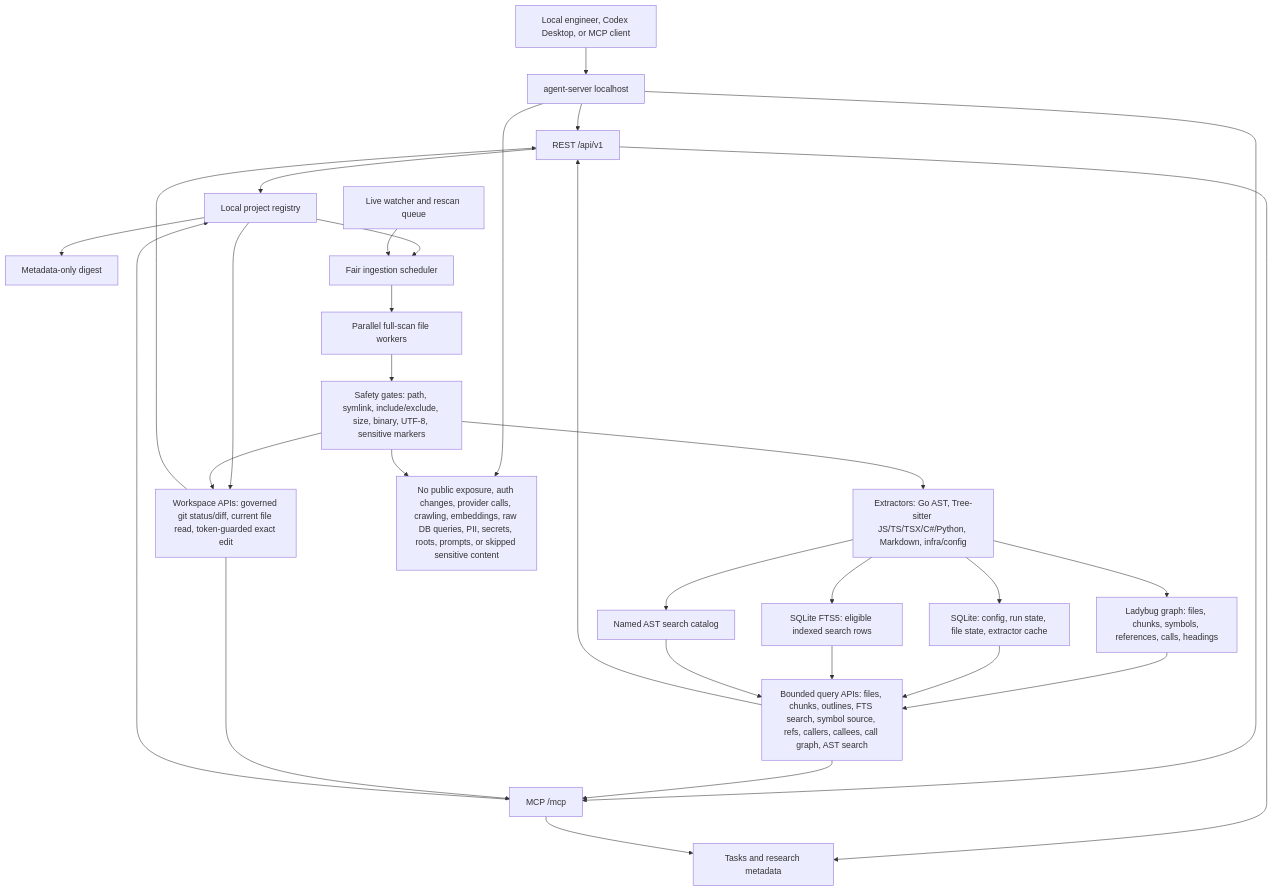
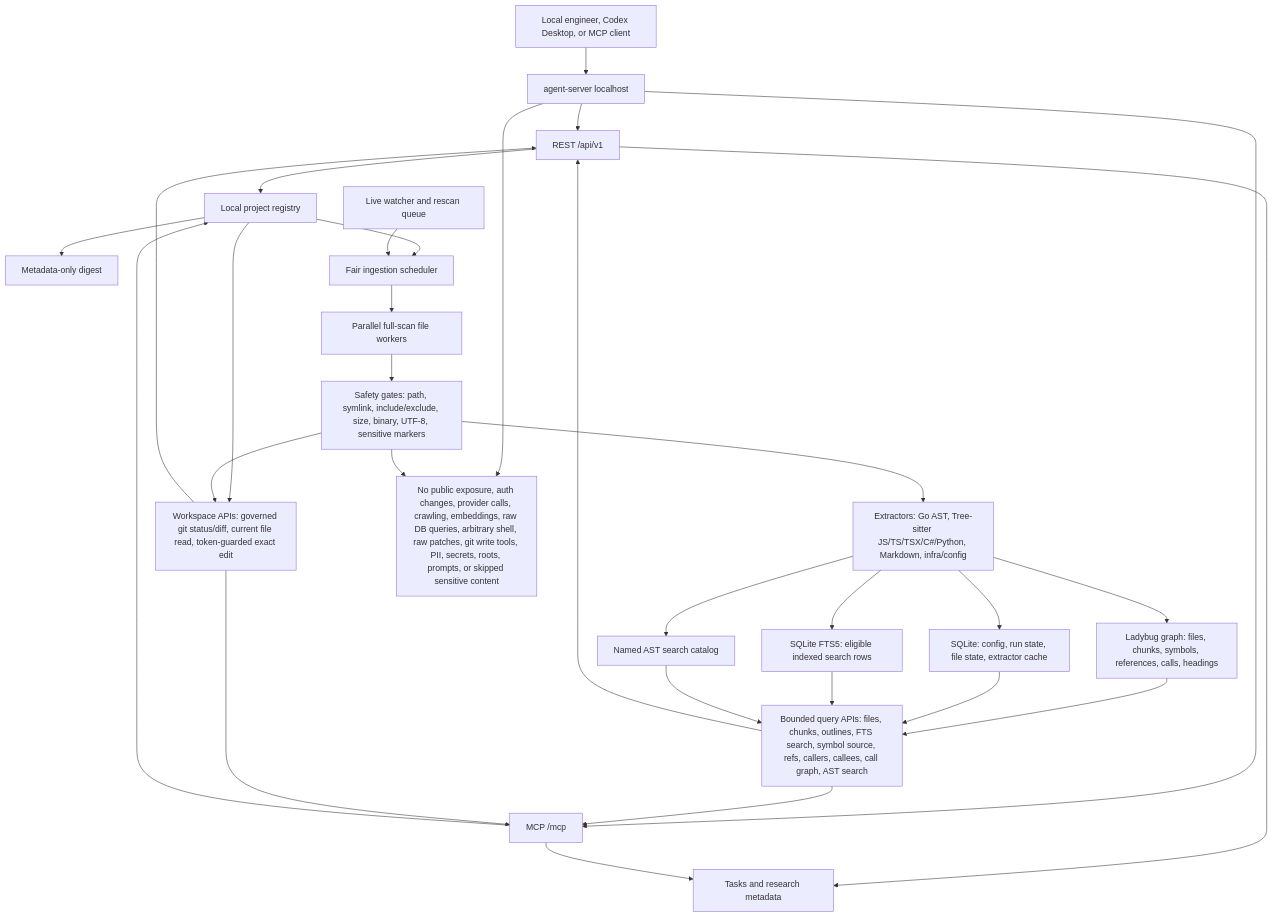
Before and after one commit to MiviaLabs/go-mivia: the first of 4 diagrams in README.md, drawn with Mermaid. The commit also changed other lines of this file and 6 other files, not shown here.

````diff
--- a/README.md
+++ b/README.md
@@ -15,52 +15,52 @@
 ```mermaid
 flowchart TB
   Client["Local engineer, Codex Desktop, or MCP client"]
   Server["agent-server localhost"]
   REST["REST /api/v1"]
   MCP["MCP /mcp"]
   Tasks["Tasks and research metadata"]
   Registry["Local project registry"]
   Digest["Metadata-only digest"]
   Scheduler["Fair ingestion scheduler"]
   Live["Live watcher and rescan queue"]
   Workers["Parallel full-scan file workers"]
   Safety["Safety gates: path, symlink, include/exclude, size, binary, UTF-8, sensitive markers"]
   Extractors["Extractors: Go AST, Tree-sitter JS/TS/TSX/C#/Python, Markdown, infra/config"]
   Graph["Ladybug graph: files, chunks, symbols, references, calls, headings"]
   SQLite["SQLite: config, run state, file state, extractor cache"]
   FTS["SQLite FTS5: eligible indexed search rows"]
   AST["Named AST search catalog"]
   Queries["Bounded query APIs: files, chunks, outlines, FTS search, symbol source, refs, callers, callees, call graph, AST search"]
   Workspace["Workspace APIs: governed git status/diff, current file read, token-guarded exact edit"]
-  Boundaries["No public exposure, auth changes, provider calls, crawling, embeddings, raw DB queries, PII, secrets, roots, prompts, or skipped sensitive content"]
+  Boundaries["No public exposure, auth changes, provider calls, crawling, embeddings, raw DB queries, arbitrary shell, raw patches, git write tools, PII, secrets, roots, prompts, or skipped sensitive content"]
 
   Client --> Server
   Server --> REST
   Server --> MCP
   REST --> Tasks
   MCP --> Tasks
   REST --> Registry
   MCP --> Registry
   Registry --> Digest
   Registry --> Scheduler
   Live --> Scheduler
   Scheduler --> Workers
   Workers --> Safety
   Safety --> Extractors
   Extractors --> Graph
   Extractors --> SQLite
   Extractors --> FTS
   Extractors --> AST
   Graph --> Queries
   SQLite --> Queries
   FTS --> Queries
   AST --> Queries
   Registry --> Workspace
   Safety --> Workspace
   Queries --> REST
   Queries --> MCP
   Workspace --> REST
   Workspace --> MCP
   Server --> Boundaries
   Safety --> Boundaries
 ```
````
